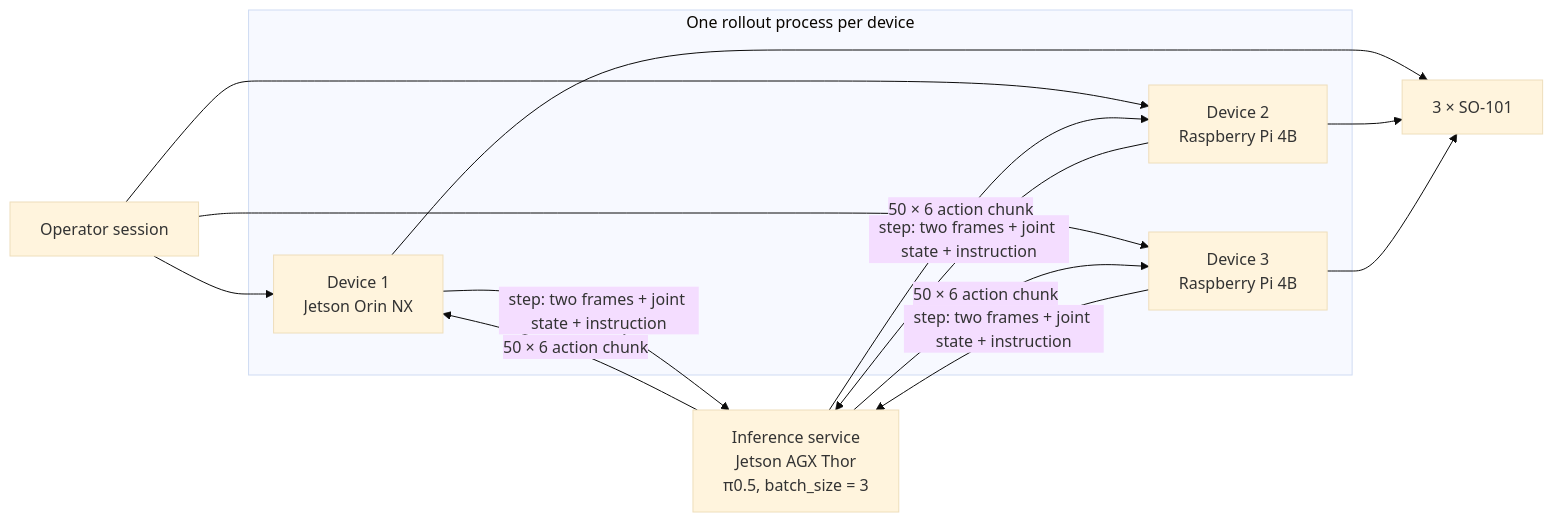
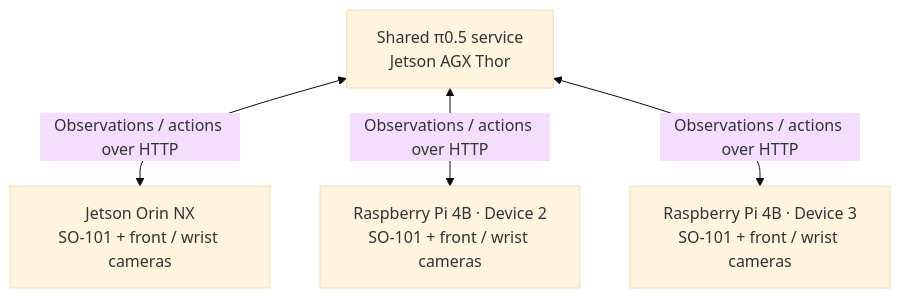
One commit to zmcChar/EmbodiRun changed the diagram in docs/demos/multi-robot-serving.md. Above: the diagram before and after it, drawn with Mermaid (base theme). The commit also changed other lines of this file and 5 other files, not shown here.

````diff
--- a/docs/demos/multi-robot-serving.md
+++ b/docs/demos/multi-robot-serving.md
@@ -26,16 +28,10 @@
 ```mermaid
-flowchart LR
-  operator["Operator session"]
-  subgraph rollouts["One rollout process per device"]
-    d1["Device 1<br/>Jetson Orin NX"]
-    d2["Device 2<br/>Raspberry Pi 4B"]
-    d3["Device 3<br/>Raspberry Pi 4B"]
-  end
-  service["Inference service<br/>Jetson AGX Thor<br/>π0.5, batch_size = 3"]
-  arms["3 × SO-101"]
-
-  operator --> d1 & d2 & d3
-  d1 & d2 & d3 -- "step: two frames + joint state + instruction" --> service
-  service -- "50 × 6 action chunk" --> d1 & d2 & d3
-  d1 & d2 & d3 --> arms
+flowchart TB
+  model["Shared π0.5 service<br/>Jetson AGX Thor"]
+  nx["Jetson Orin NX<br/>SO-101 + front / wrist cameras"]
+  pi1["Raspberry Pi 4B · Device 2<br/>SO-101 + front / wrist cameras"]
+  pi2["Raspberry Pi 4B · Device 3<br/>SO-101 + front / wrist cameras"]
+  model <-->|Observations / actions over HTTP| nx
+  model <-->|Observations / actions over HTTP| pi1
+  model <-->|Observations / actions over HTTP| pi2
 ```
````
